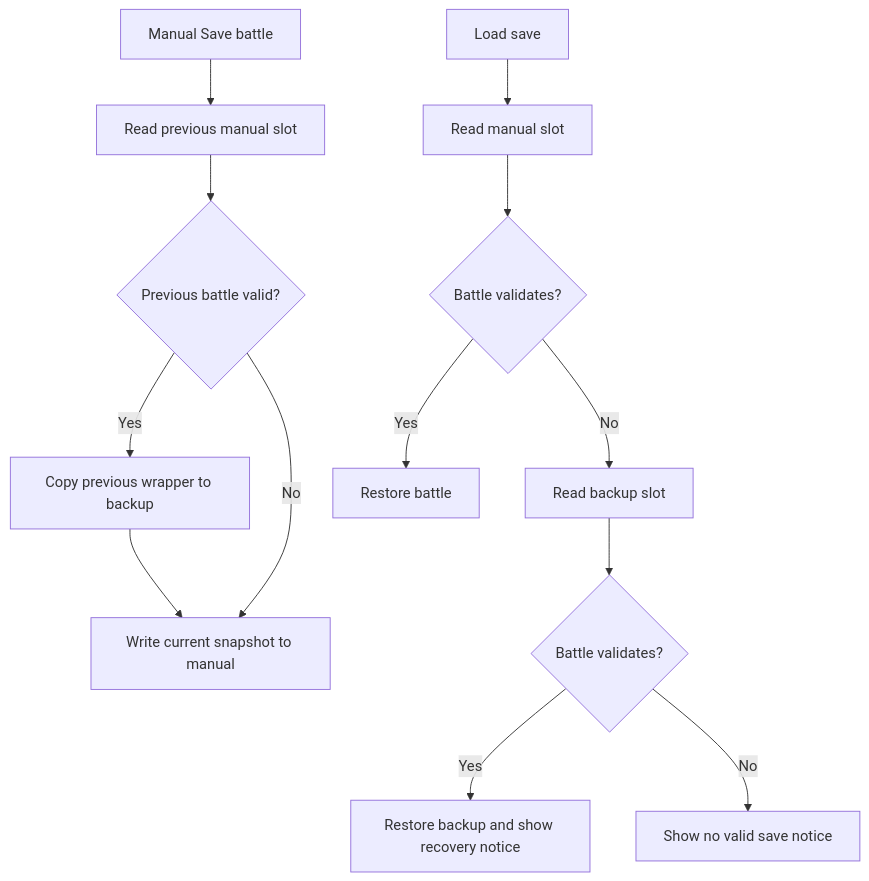
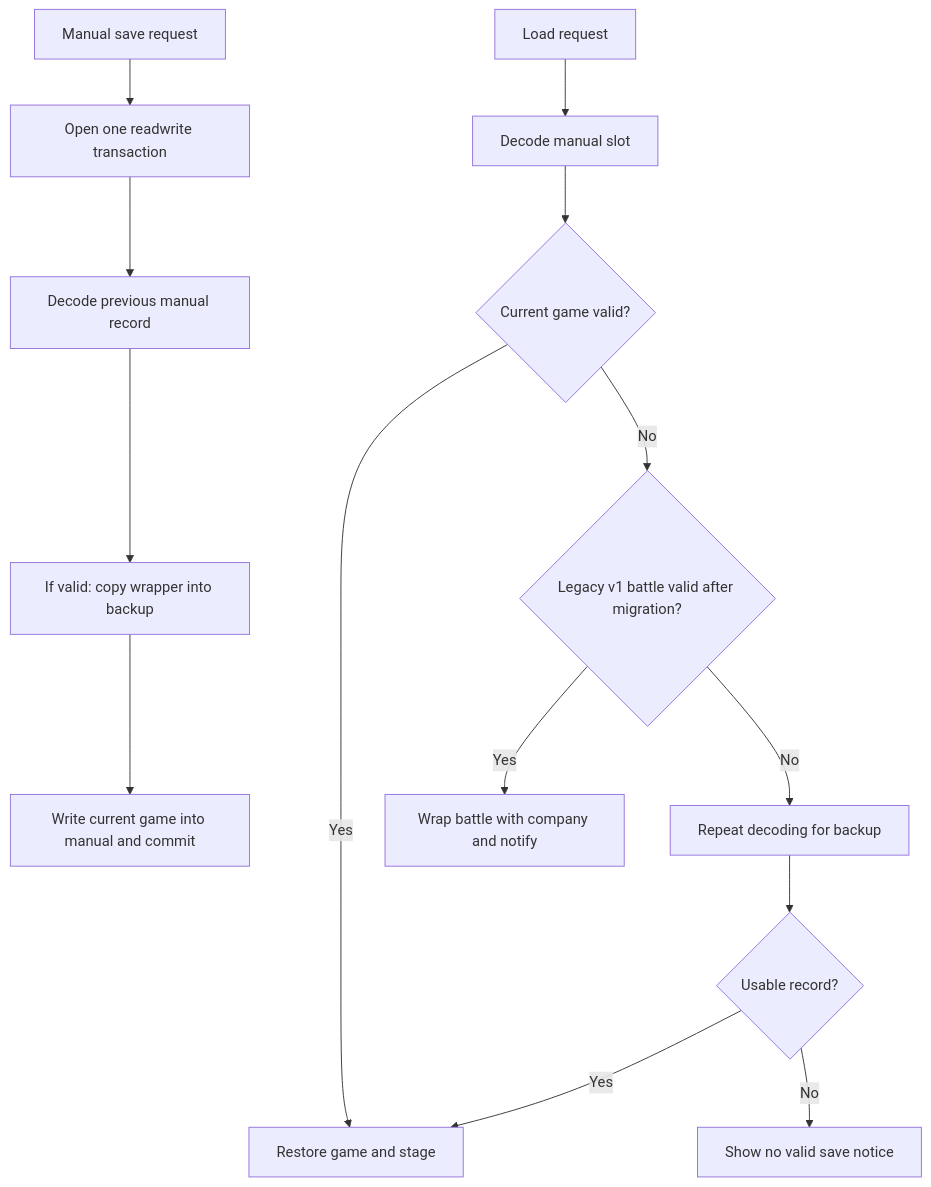
Before and after one commit to CptNope/Echoes-of-the-Shattered-Crown: the diagram in docs/DATA_AND_SAVES.md, drawn with Mermaid. The commit also changed other lines of this file and 25 other files, not shown here.

````diff
--- a/docs/DATA_AND_SAVES.md
+++ b/docs/DATA_AND_SAVES.md
@@ -57,15 +33,16 @@
 ```mermaid
 flowchart TD
-    Save[Manual Save battle] --> Old[Read previous manual slot]
-    Old --> Valid{Previous battle valid?}
-    Valid -->|Yes| Backup[Copy previous wrapper to backup]
-    Valid -->|No| Write[Write current snapshot to manual]
-    Backup --> Write
-    Load[Load save] --> Read[Read manual slot]
-    Read --> Check{Battle validates?}
-    Check -->|Yes| Restore[Restore battle]
-    Check -->|No| ReadBackup[Read backup slot]
-    ReadBackup --> CheckBackup{Battle validates?}
-    CheckBackup -->|Yes| Recover[Restore backup and show recovery notice]
-    CheckBackup -->|No| Error[Show no valid save notice]
+    Save[Manual save request] --> Tx[Open one readwrite transaction]
+    Tx --> Old[Decode previous manual record]
+    Old --> Backup[If valid: copy wrapper into backup]
+    Backup --> Write[Write current game into manual and commit]
+    Load[Load request] --> Manual[Decode manual slot]
+    Manual --> Valid{Current game valid?}
+    Valid -->|Yes| Restore[Restore game and stage]
+    Valid -->|No| Legacy{Legacy v1 battle valid after migration?}
+    Legacy -->|Yes| Migrate[Wrap battle with company and notify]
+    Legacy -->|No| Retry[Repeat decoding for backup]
+    Retry --> Result{Usable record?}
+    Result -->|Yes| Restore
+    Result -->|No| Error[Show no valid save notice]
 ```
````
